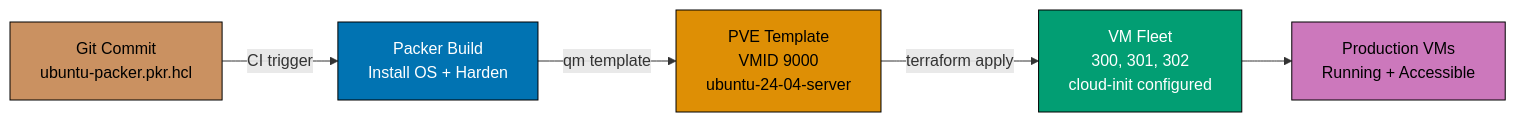
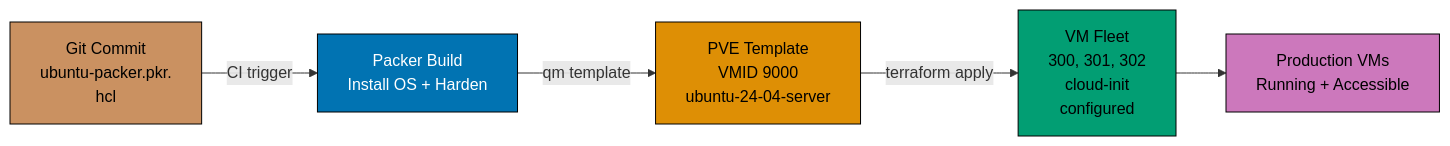
One commit to wahidyankf/ose-public changed the fourth of 12 diagrams in apps/ayokoding-www/content/en/learn/legacy/software-engineering/infrastructure/tools/proxmox/by-example/advanced.md. Above: the diagram before and after it, drawn with Mermaid. The commit also changed other lines of this file and 131 other files, not shown here.

First line of the commit message:
fix(mermaid): bring the legacy data, infrastructure, and testing diagrams onto the accessible palette

````diff
--- a/apps/ayokoding-www/content/en/learn/legacy/software-engineering/infrastructure/tools/proxmox/by-example/advanced.md
+++ b/apps/ayokoding-www/content/en/learn/legacy/software-engineering/infrastructure/tools/proxmox/by-example/advanced.md
@@ -1135,14 +1158,22 @@
 ```mermaid
 %% Color Palette: Blue #0173B2, Orange #DE8F05, Teal #029E73, Purple #CC78BC, Brown #CA9161
 graph LR
-    A["Git Commit<br/>ubuntu-packer.pkr.hcl"] -->|"CI trigger"| B["Packer Build<br/>Install OS + Harden"]
+    accTitle: Example 68: Full IaC Pipeline: Packer → PVE Template → Terraform Clone
+    accDescr: Graph with 5 nodes and 4 connections. Nodes: Git Commit ubuntu-packer.pkr. hcl, Packer Build Install OS + Harden, PVE Template VMID 9000 ubuntu-24-04-server, VM Fleet 300, 301, 302 cloud-init configured, Production VMs Running + Accessible. Connections: Git Commit ubuntu-packer.pkr. hcl to Packer Build Install OS + Harden (CI trigger), Packer Build Install OS + Harden to PVE Template VMID 9000 ubuntu-24-04-server (qm template), PVE Template VMID 9000 ubuntu-24-04-server to VM Fleet 300, 301, 302 cloud-init configured (terraform apply), VM Fleet 300, 301, 302 cloud-init configured to Production VMs Running + Accessible.
+    A["Git Commit<br/>ubuntu-packer.pkr.<br/>hcl"] -->|"CI trigger"| B["Packer Build<br/>Install OS + Harden"]
     B -->|"qm template"| C["PVE Template<br/>VMID 9000<br/>ubuntu-24-04-server"]
-    C -->|"terraform apply"| D["VM Fleet<br/>300, 301, 302<br/>cloud-init configured"]
+    C -->|"terraform apply"| D["VM Fleet<br/>300, 301, 302<br/>cloud-init<br/>configured"]
     D --> E["Production VMs<br/>Running + Accessible"]
 
-    style A fill:#CA9161,color:#000,stroke:#000
-    style B fill:#0173B2,color:#fff,stroke:#000
-    style C fill:#DE8F05,color:#000,stroke:#000
-    style D fill:#029E73,color:#fff,stroke:#000
-    style E fill:#CC78BC,color:#000,stroke:#000
+    classDef pal-CA9161 fill:#CA9161,stroke:#000000,color:#000000
+    class A pal-CA9161
+    classDef pal-0173B2 fill:#0173B2,stroke:#000000,color:#FFFFFF
+    class B pal-0173B2
+    classDef pal-DE8F05 fill:#DE8F05,stroke:#000000,color:#000000
+    class C pal-DE8F05
+    classDef pal-029E73 fill:#029E73,stroke:#000000,color:#000000
+    class D pal-029E73
+    classDef pal-CC78BC fill:#CC78BC,stroke:#000000,color:#000000
+    class E pal-CC78BC
+    classDef default fill:#FFFFFF,stroke:#000000,color:#000000
 ```
````
